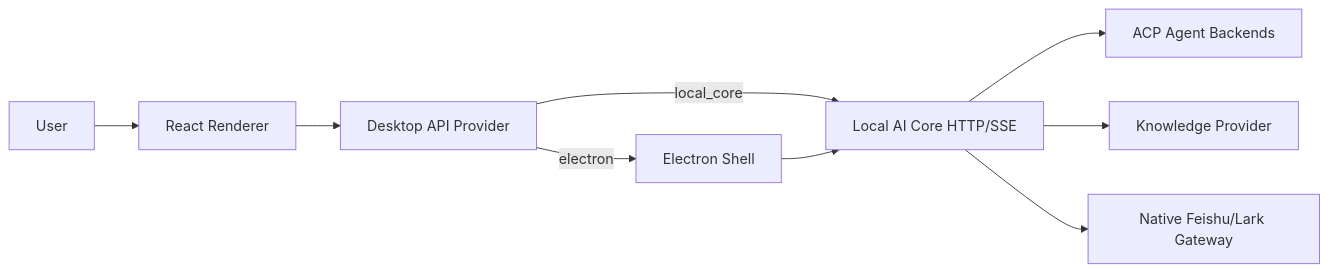
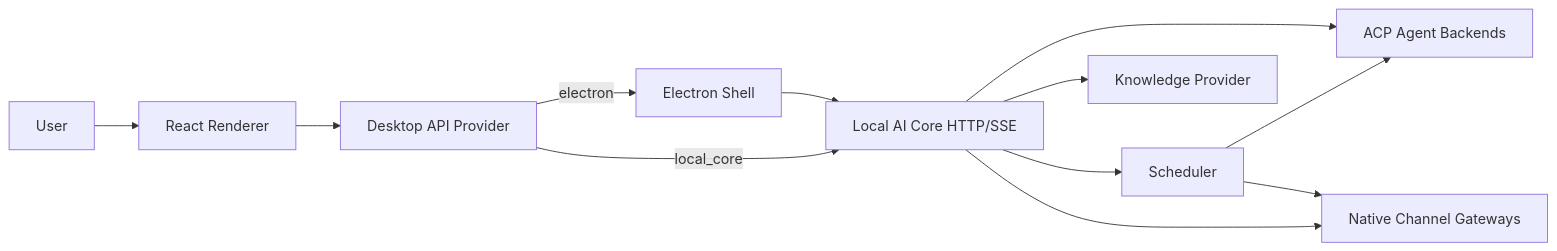
One commit to helloimcx/agentdock changed the diagram in docs/architecture/overview.md. Above: the diagram before and after it, drawn with Mermaid. The commit also changed other lines of this file and 4 other files, not shown here.

````diff
--- a/docs/architecture/overview.md
+++ b/docs/architecture/overview.md
@@ -15,11 +15,14 @@
 ```mermaid
 flowchart LR
   U[User] --> R[React Renderer]
   R --> DP[Desktop API Provider]
   DP -->|electron| E[Electron Shell]
   DP -->|local_core| C[Local AI Core HTTP/SSE]
   E --> C
   C --> ACP[ACP Agent Backends]
   C --> KB[Knowledge Provider]
-  C --> LARK[Native Feishu/Lark Gateway]
+  C --> SCHED[Scheduler]
+  C --> CH[Native Channel Gateways]
+  SCHED --> ACP
+  SCHED --> CH
 ```
````
